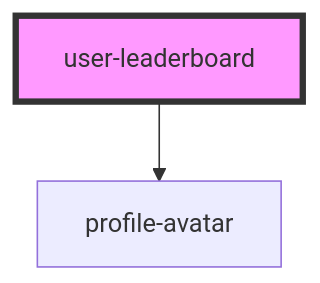
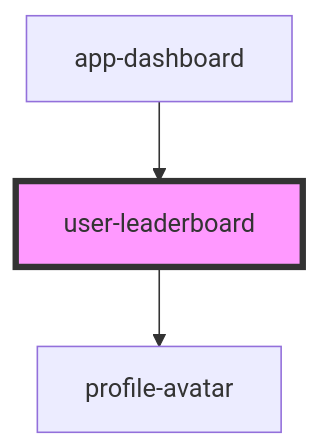
Before and after one commit to siyabendoezdemir/progrow: the diagram in src/components/molecules/Leaderboard/readme.md, drawn with Mermaid. The commit also changed other lines of this file and 22 other files, not shown here.

````diff
--- a/src/components/molecules/Leaderboard/readme.md
+++ b/src/components/molecules/Leaderboard/readme.md
@@ -15,5 +19,6 @@
 ```mermaid
 graph TD;
   user-leaderboard --> profile-avatar
+  app-dashboard --> user-leaderboard
   style user-leaderboard fill:#f9f,stroke:#333,stroke-width:4px
 ```
````
